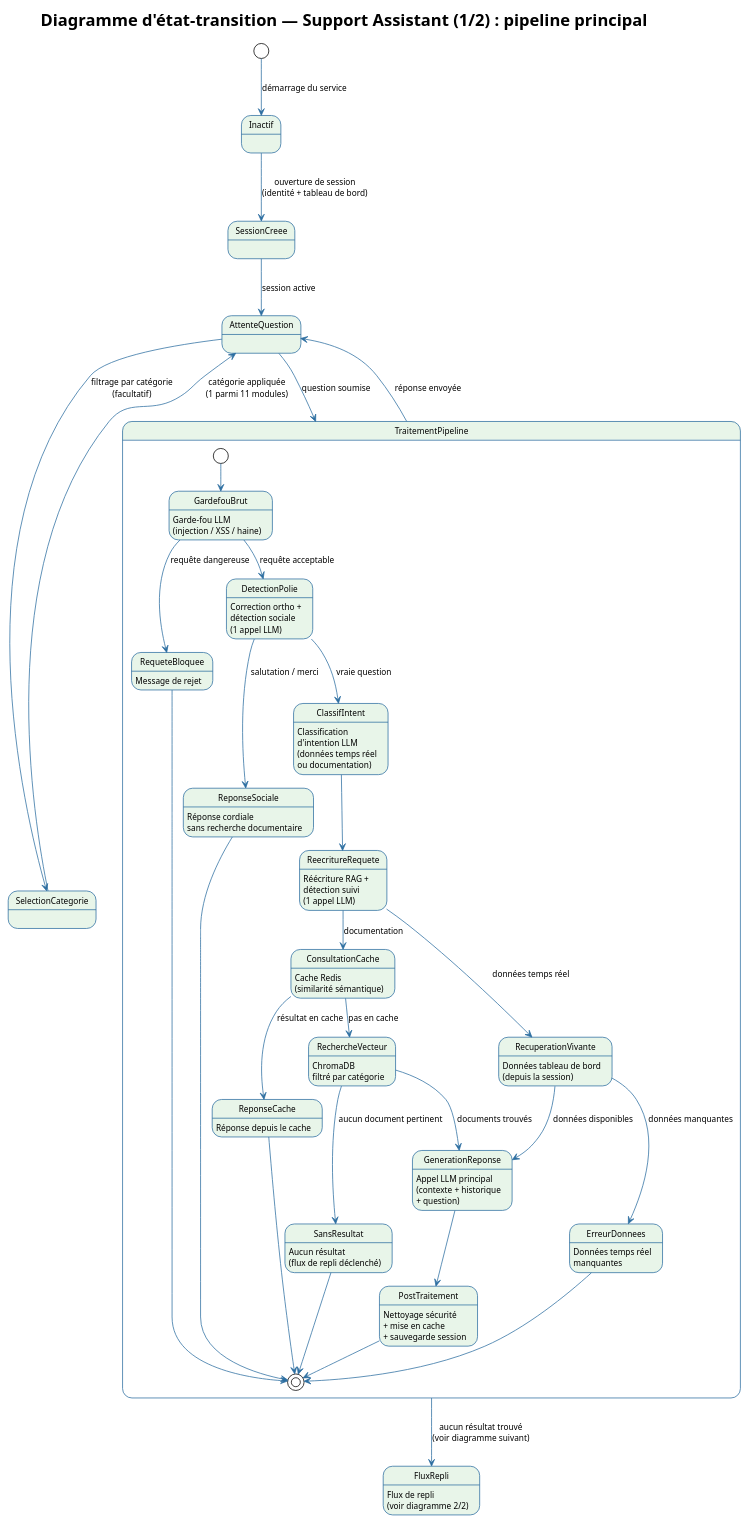
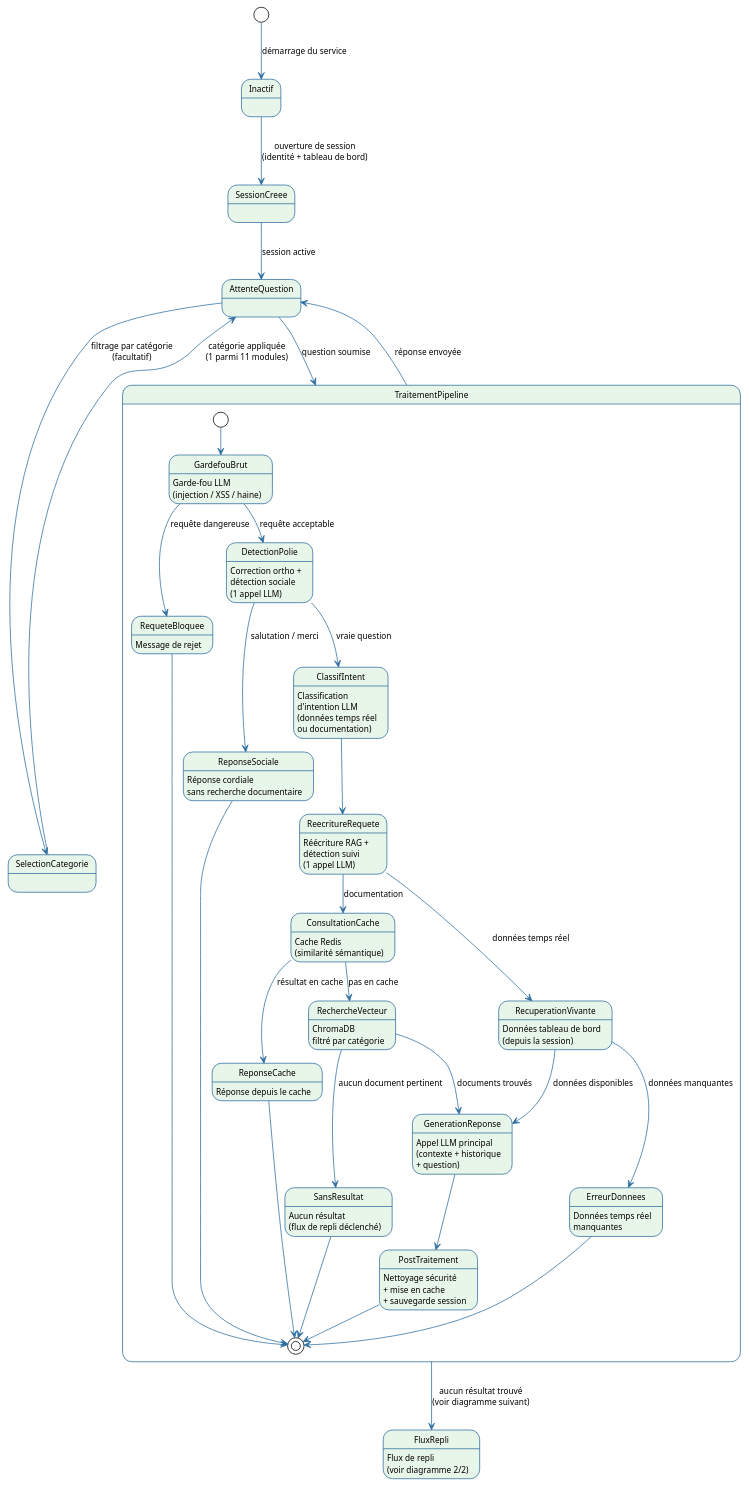
One commit to RedFalcon22/Rapport_ISTIC_2025_2026_v2 changed the diagram in figures/07a_etat_support_pipeline.puml. Above: the diagram before and after it, drawn with PlantUML. The commit also changed 78 other files, not shown here.

Commit message:
feat: add new diagrams (12-21), interface screenshots, and update PlantUML sources

```diff
--- a/figures/07a_etat_support_pipeline.puml
+++ b/figures/07a_etat_support_pipeline.puml
@@ -1,79 +1,78 @@
 @startuml etat_support_pipeline
 !theme plain
 skinparam stateBorderColor #2C6EA0
 skinparam stateBackgroundColor #E8F5E9
 skinparam stateArrowColor #2C6EA0
 skinparam defaultFontName Arial
 skinparam defaultFontSize 11
 
-title Diagramme d'état-transition — Support Assistant (1/2) : pipeline principal
 
 [*] --> Inactif : démarrage du service
 
 Inactif --> SessionCreee : ouverture de session\n(identité + tableau de bord)
 
 SessionCreee --> AttenteQuestion : session active
 
 AttenteQuestion --> SelectionCategorie : filtrage par catégorie\n(facultatif)
 SelectionCategorie --> AttenteQuestion : catégorie appliquée\n(1 parmi 11 modules)
 
 AttenteQuestion --> TraitementPipeline : question soumise
 
 state TraitementPipeline {
   [*] --> GardefouBrut
 
   GardefouBrut : Garde-fou LLM\n(injection / XSS / haine)
   GardefouBrut --> RequeteBloquee  : requête dangereuse
   GardefouBrut --> DetectionPolie  : requête acceptable
 
   RequeteBloquee : Message de rejet
   RequeteBloquee --> [*]
 
   DetectionPolie : Correction ortho +\ndétection sociale\n(1 appel LLM)
   DetectionPolie --> ReponseSociale : salutation / merci
   DetectionPolie --> ClassifIntent  : vraie question
 
   ReponseSociale : Réponse cordiale\nsans recherche documentaire
   ReponseSociale --> [*]
 
   ClassifIntent : Classification\nd'intention LLM\n(données temps réel\nou documentation)
   ClassifIntent --> ReecritureRequete
 
   ReecritureRequete : Réécriture RAG +\ndétection suivi\n(1 appel LLM)
   ReecritureRequete --> ConsultationCache   : documentation
   ReecritureRequete --> RecuperationVivante : données temps réel
 
   ConsultationCache : Cache Redis\n(similarité sémantique)
   ConsultationCache --> ReponseCache     : résultat en cache
   ConsultationCache --> RechercheVecteur : pas en cache
 
   ReponseCache : Réponse depuis le cache
   ReponseCache --> [*]
 
   RechercheVecteur : ChromaDB\nfiltré par catégorie
   RechercheVecteur --> SansResultat      : aucun document pertinent
   RechercheVecteur --> GenerationReponse : documents trouvés
 
   SansResultat : Aucun résultat\n(flux de repli déclenché)
   SansResultat --> [*]
 
   RecuperationVivante : Données tableau de bord\n(depuis la session)
   RecuperationVivante --> ErreurDonnees     : données manquantes
   RecuperationVivante --> GenerationReponse : données disponibles
 
   ErreurDonnees : Données temps réel\nmanquantes
   ErreurDonnees --> [*]
 
   GenerationReponse : Appel LLM principal\n(contexte + historique\n+ question)
   GenerationReponse --> PostTraitement
 
   PostTraitement : Nettoyage sécurité\n+ mise en cache\n+ sauvegarde session
   PostTraitement --> [*]
 }
 
 TraitementPipeline --> AttenteQuestion : réponse envoyée
 TraitementPipeline --> FluxRepli       : aucun résultat trouvé\n(voir diagramme suivant)
 
 FluxRepli : Flux de repli\n(voir diagramme 2/2)
 
 @enduml
```
